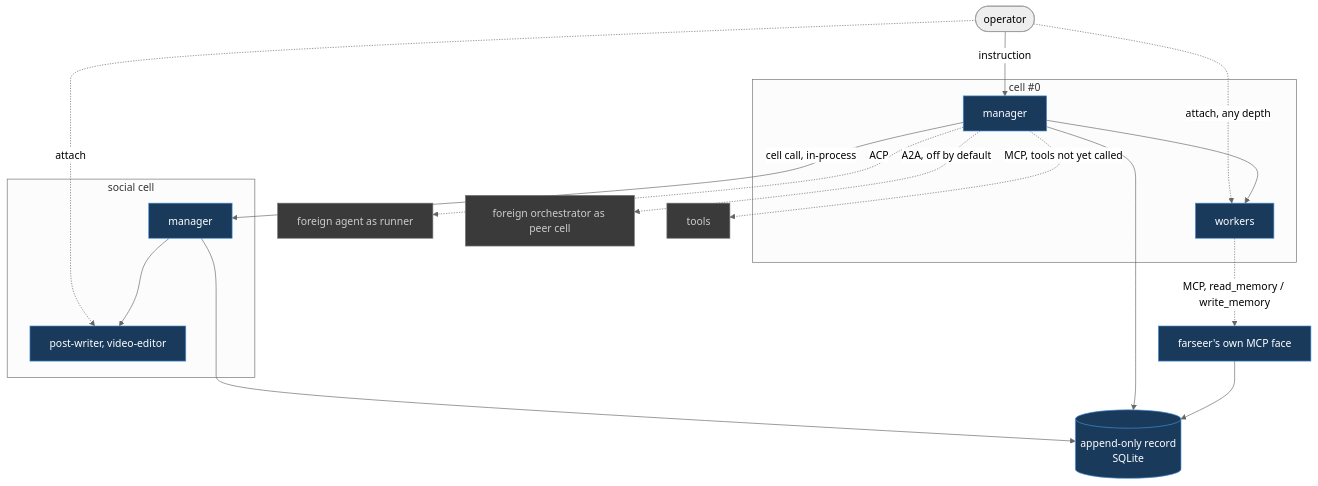
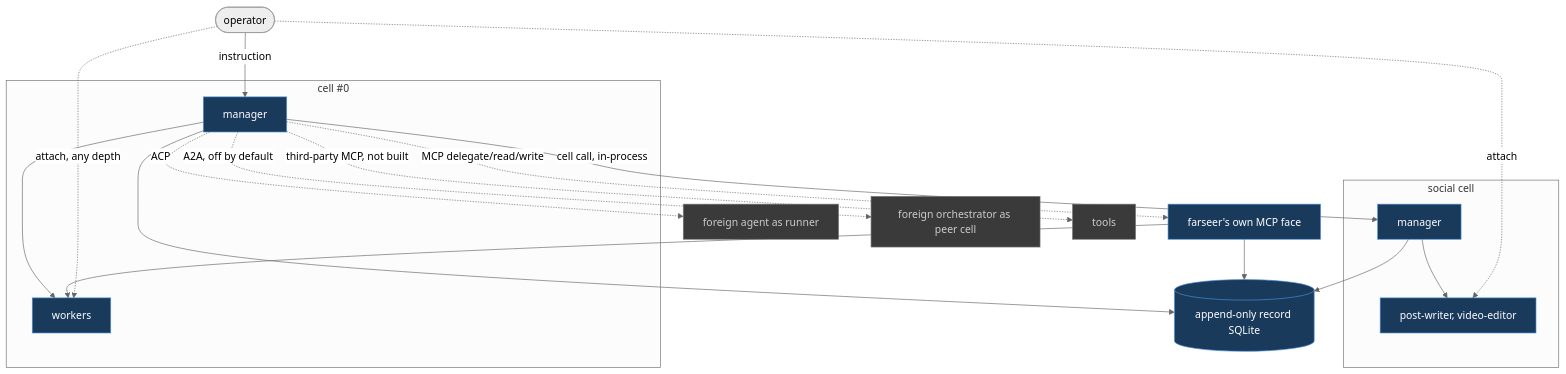
Before and after one commit to izanorshahril/farseer: the diagram in README.md, drawn with Mermaid (neutral theme). The commit also changed other lines of this file and 17 other files, not shown here.

````diff
--- a/README.md
+++ b/README.md
@@ -22,33 +23,34 @@
 ```mermaid
 graph TD
   OP([operator]) -->|instruction| M0
 
   subgraph C0["cell #0"]
     M0[manager]
     W0[workers]
     M0 --> W0
   end
 
   subgraph CS["social cell"]
     MS[manager]
     WS[post-writer, video-editor]
     MS --> WS
   end
 
   M0 -->|cell call, in-process| MS
   M0 -.->|ACP| RUN[foreign agent as runner]
   M0 -.->|A2A, off by default| PEER[foreign orchestrator as peer cell]
-  M0 -.->|MCP, tools not yet called| TOOL[tools]
-  W0 -.->|MCP, read_memory / write_memory| MCPFACE[farseer's own MCP face]
+  M0 -.->|third-party MCP, not built| TOOL[tools]
+  M0 -.->|MCP delegate/read/write| MCPFACE[farseer's own MCP face]
+  MCPFACE --> W0
   MCPFACE --> REC
 
-  M0 --> REC[(append-only record<br/>SQLite)]
+  M0 --> REC[(append-only record SQLite)]
   MS --> REC
   OP -.->|attach, any depth| W0
   OP -.->|attach| WS
 
   classDef core fill:#1a3a5c,stroke:#4a90d9,color:#fff
   classDef ext fill:#3a3a3a,stroke:#777,color:#ccc
   class M0,MS,W0,WS,REC,MCPFACE core
   class RUN,PEER,TOOL ext
 ```
````
